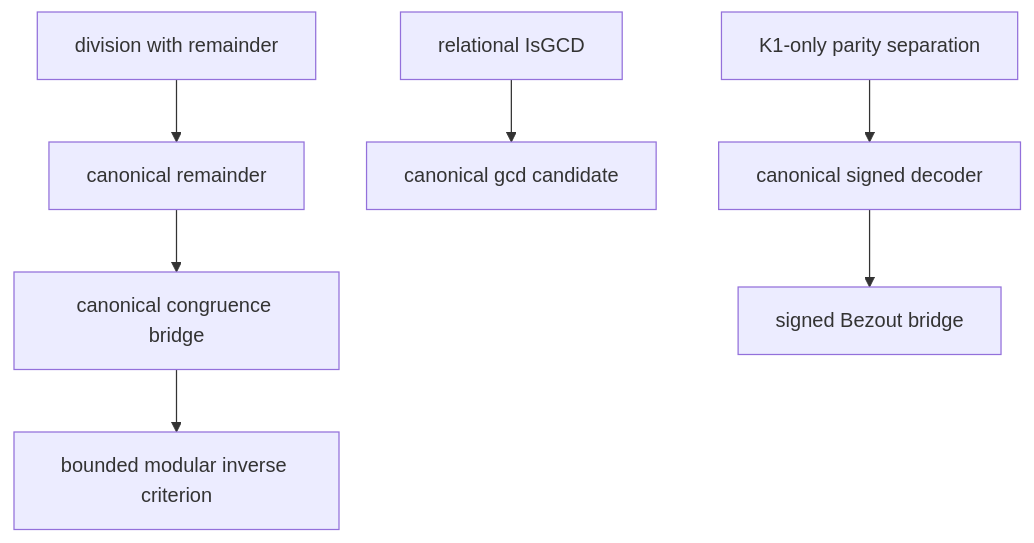
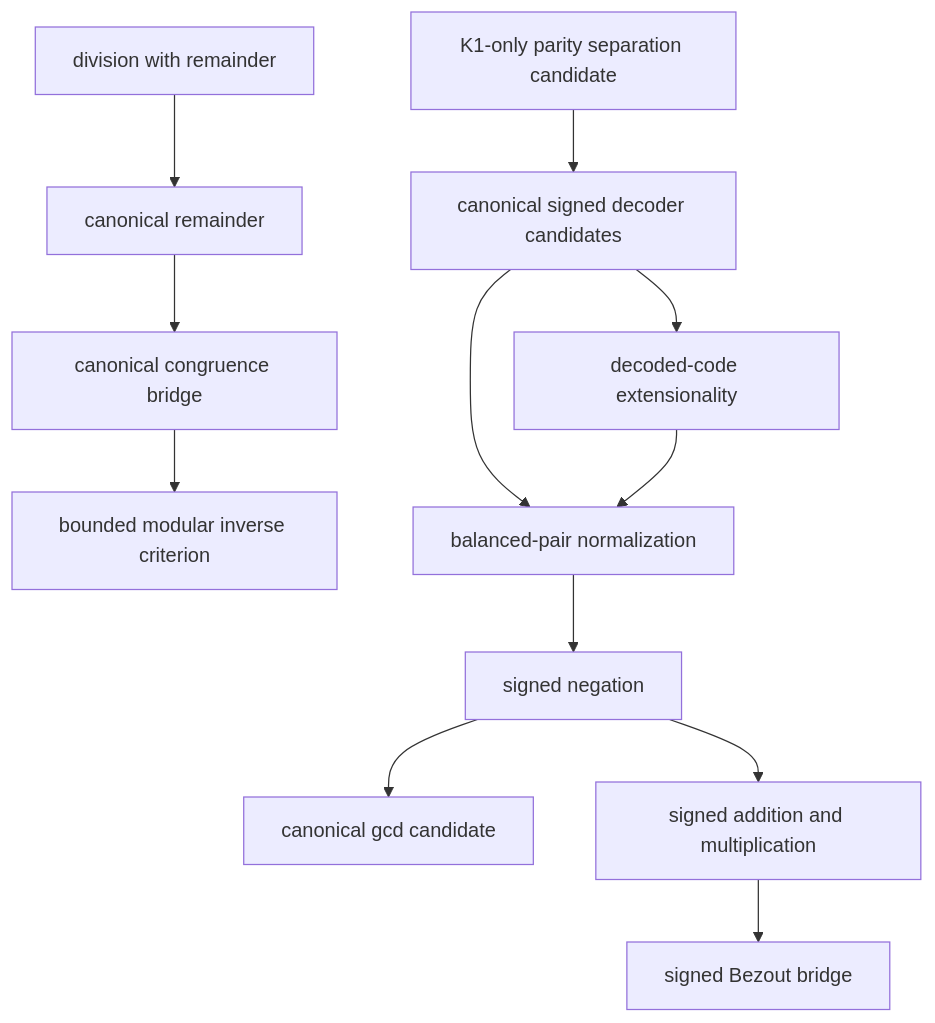
The diagram in vault/concepts/strict-ha-number-theory-campaign.md (nasqret/vietnam2026), drawn with Mermaid before and after one commit. The commit also changed other lines of this file and 23 other files, not shown here.

Commit message:
Close strict HA signed normalization and negation

````diff
--- a/vault/concepts/strict-ha-number-theory-campaign.md
+++ b/vault/concepts/strict-ha-number-theory-campaign.md
@@ -30,9 +31,14 @@
 ```mermaid
 flowchart TD
   D[division with remainder] --> R[canonical remainder]
   R --> C[canonical congruence bridge]
   C --> I[bounded modular inverse criterion]
   G[relational IsGCD] --> CG[canonical gcd candidate]
-  P[K1-only parity separation] --> S[canonical signed decoder]
-  S --> B[signed Bezout bridge]
+  P[K1-only parity separation candidate] --> S[canonical signed decoder candidates]
+  S --> E[decoded-code extensionality]
+  S --> N[balanced-pair normalization]
+  E --> N
+  N --> G[signed negation]
+  G --> A[signed addition and multiplication]
+  A --> B[signed Bezout bridge]
 ```
````
